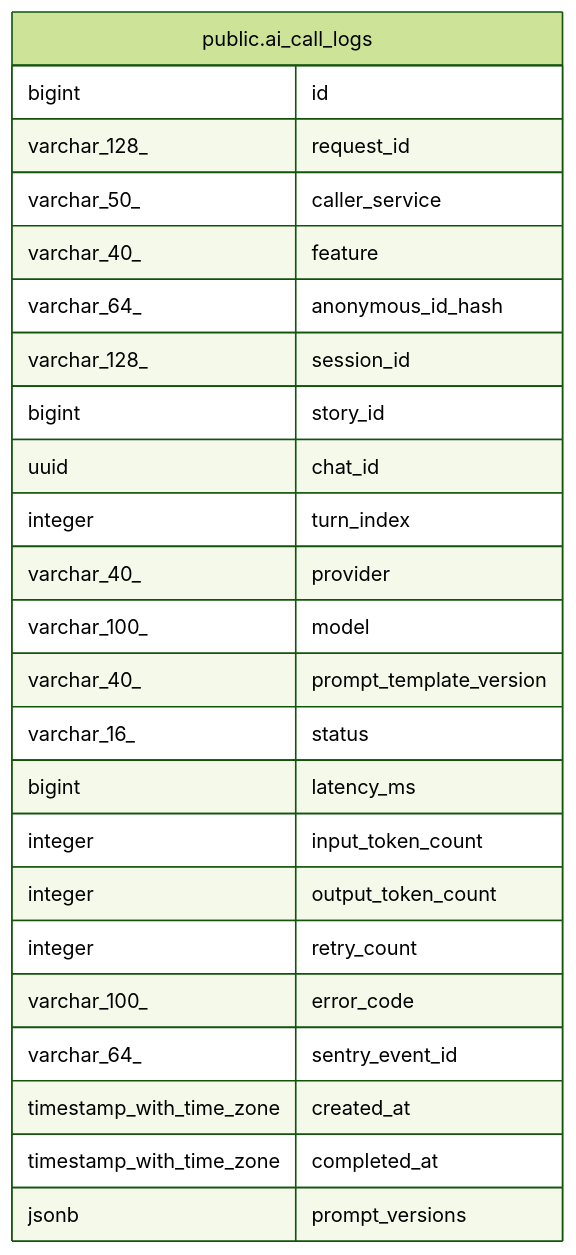
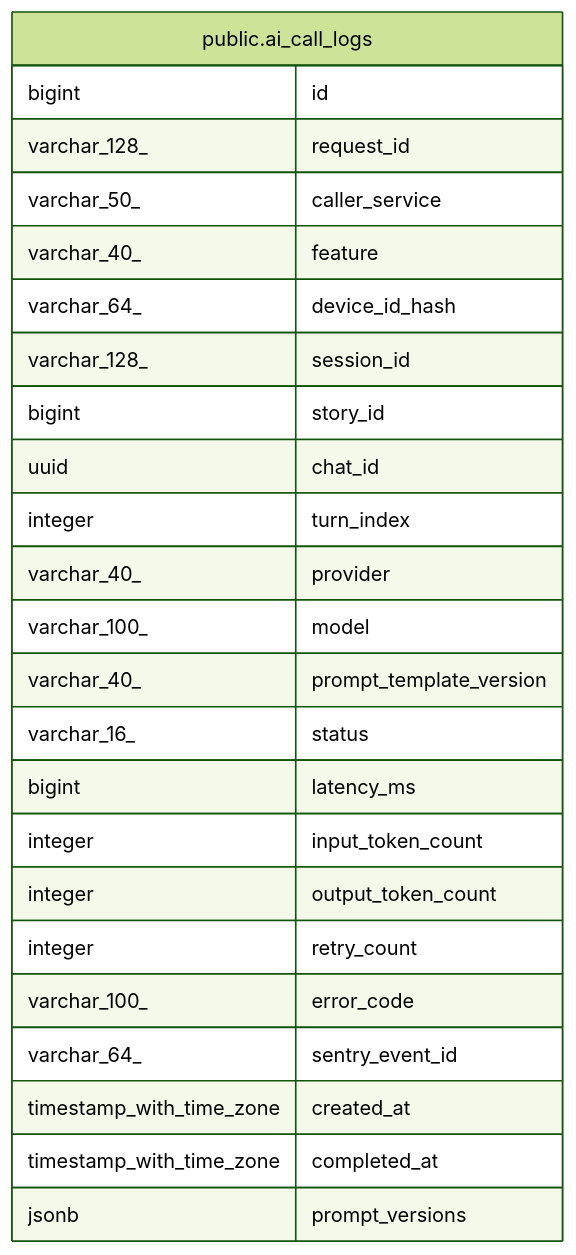
Before and after one commit to KIM-N-KANG/manyak-server: the diagram in dbdoc/public.ai_call_logs.md, drawn with Mermaid (forest theme). The commit also changed other lines of this file and 26 other files, not shown here.

First line of the commit message:
[KNK-317] Refactor: 분석 상관관계 식별자 anonymous_id → device_id 통일 (#80)

````diff
--- a/dbdoc/public.ai_call_logs.md
+++ b/dbdoc/public.ai_call_logs.md
@@ -52,29 +52,29 @@
 ```mermaid
 erDiagram
 
 
 "public.ai_call_logs" {
   bigint id
   varchar_128_ request_id
   varchar_50_ caller_service
   varchar_40_ feature
-  varchar_64_ anonymous_id_hash
+  varchar_64_ device_id_hash
   varchar_128_ session_id
   bigint story_id
   uuid chat_id
   integer turn_index
   varchar_40_ provider
   varchar_100_ model
   varchar_40_ prompt_template_version
   varchar_16_ status
   bigint latency_ms
   integer input_token_count
   integer output_token_count
   integer retry_count
   varchar_100_ error_code
   varchar_64_ sentry_event_id
   timestamp_with_time_zone created_at
   timestamp_with_time_zone completed_at
   jsonb prompt_versions
 }
 ```
````
